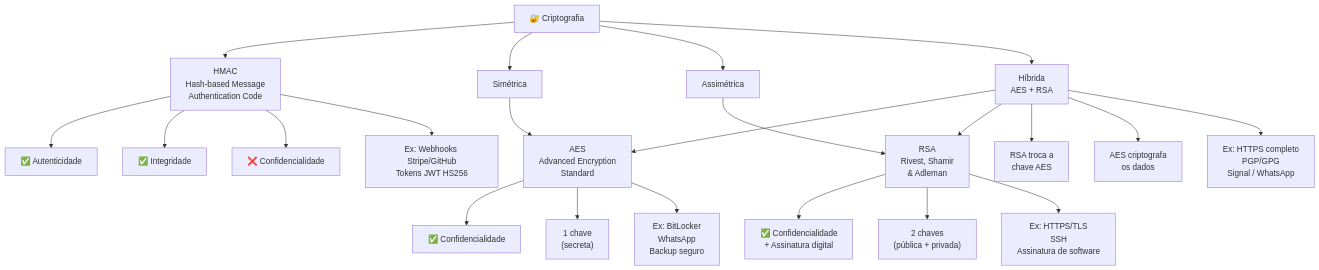
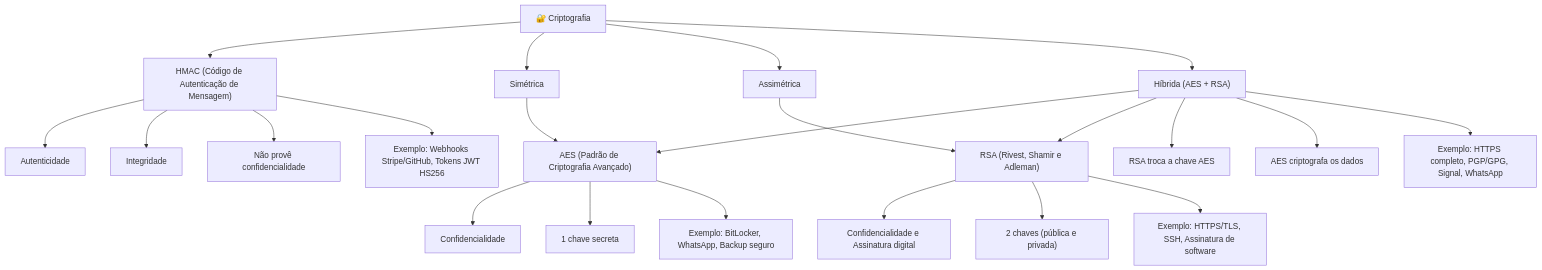
One commit to giorgifilipi/Estudos changed the diagram in Criptografia/criptografia-diagram.md. Above: the diagram before and after it, drawn with Mermaid.

Commit message:
Deixando legível o diagrama mermaid.

````diff
--- a/Criptografia/criptografia-diagram.md
+++ b/Criptografia/criptografia-diagram.md
@@ -3,31 +3,31 @@
 ```mermaid
 flowchart TD
     CRIPTO["🔐 Criptografia"]
 
-    CRIPTO --> HMAC["HMAC\nHash-based Message\nAuthentication Code"]
+    CRIPTO --> HMAC["HMAC (Código de Autenticação de Mensagem)"]
     CRIPTO --> SIM["Simétrica"]
     CRIPTO --> ASSIM["Assimétrica"]
-    CRIPTO --> HYB["Híbrida\nAES + RSA"]
+    CRIPTO --> HYB["Híbrida (AES + RSA)"]
 
-    SIM --> AES["AES\nAdvanced Encryption\nStandard"]
-    ASSIM --> RSA["RSA\nRivest, Shamir\n& Adleman"]
+    SIM --> AES["AES (Padrão de Criptografia Avançado)"]
+    ASSIM --> RSA["RSA (Rivest, Shamir e Adleman)"]
     HYB --> AES
     HYB --> RSA
 
-    HMAC --> H1["✅ Autenticidade"]
-    HMAC --> H2["✅ Integridade"]
-    HMAC --> H3["❌ Confidencialidade"]
-    HMAC --> HEX1["Ex: Webhooks Stripe/GitHub\nTokens JWT HS256"]
+    HMAC --> H1["Autenticidade"]
+    HMAC --> H2["Integridade"]
+    HMAC --> H3["Não provê confidencialidade"]
+    HMAC --> HEX1["Exemplo: Webhooks Stripe/GitHub, Tokens JWT HS256"]
 
-    AES --> A1["✅ Confidencialidade"]
-    AES --> A2["1 chave\n(secreta)"]
-    AES --> AEX1["Ex: BitLocker\nWhatsApp\nBackup seguro"]
+    AES --> A1["Confidencialidade"]
+    AES --> A2["1 chave secreta"]
+    AES --> AEX1["Exemplo: BitLocker, WhatsApp, Backup seguro"]
 
-    RSA --> R1["✅ Confidencialidade\n+ Assinatura digital"]
-    RSA --> R2["2 chaves\n(pública + privada)"]
-    RSA --> REX1["Ex: HTTPS/TLS\nSSH\nAssinatura de software"]
+    RSA --> R1["Confidencialidade e Assinatura digital"]
+    RSA --> R2["2 chaves (pública e privada)"]
+    RSA --> REX1["Exemplo: HTTPS/TLS, SSH, Assinatura de software"]
 
-    HYB --> HY1["RSA troca a\nchave AES"]
-    HYB --> HY2["AES criptografa\nos dados"]
-    HYB --> HYEX1["Ex: HTTPS completo\nPGP/GPG\nSignal / WhatsApp"]
+    HYB --> HY1["RSA troca a chave AES"]
+    HYB --> HY2["AES criptografa os dados"]
+    HYB --> HYEX1["Exemplo: HTTPS completo, PGP/GPG, Signal, WhatsApp"]
 ```
````
